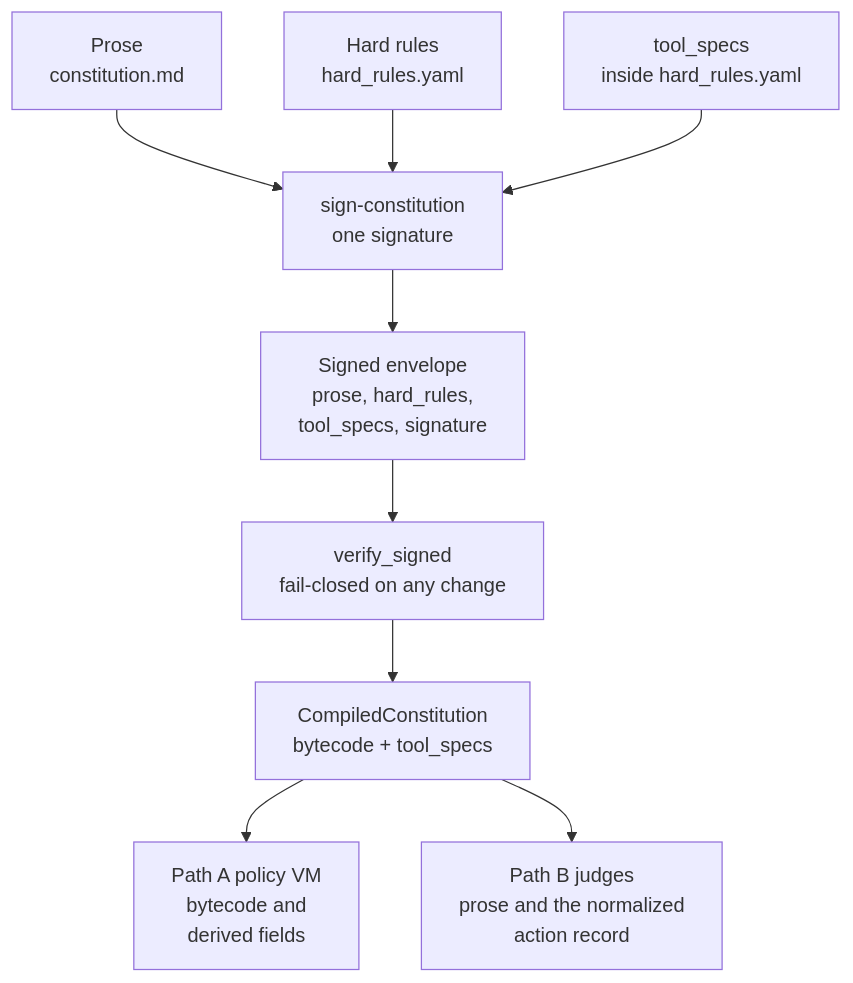
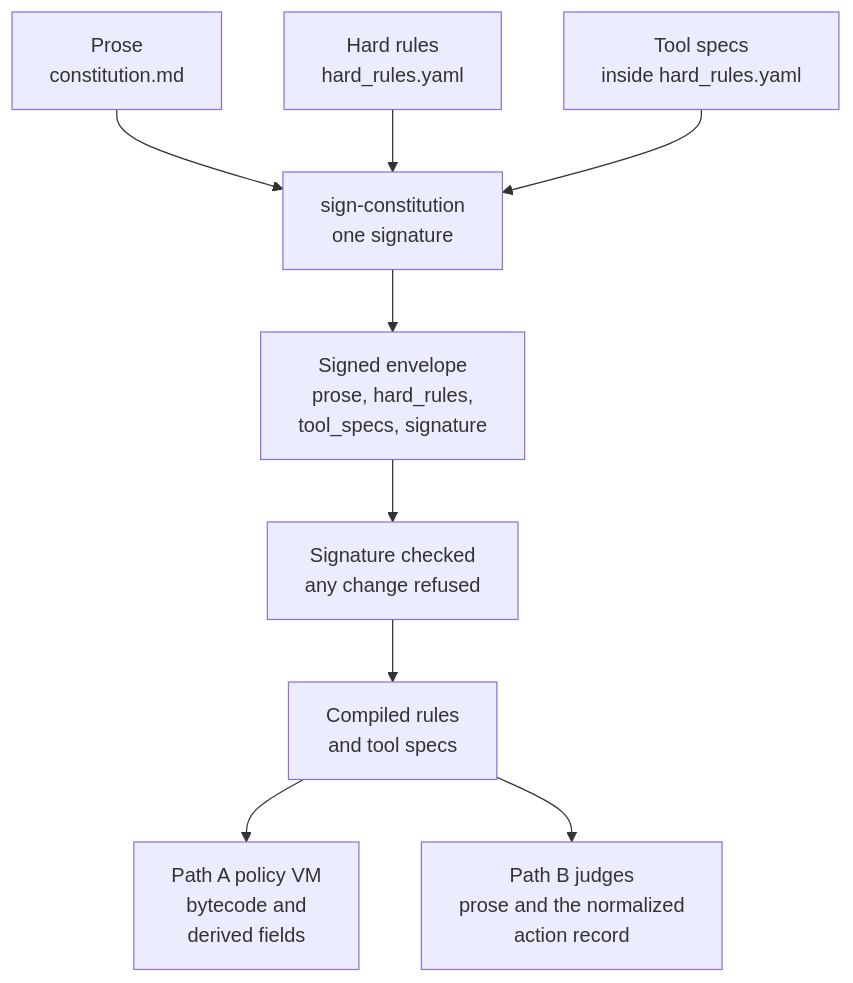
The first of 5 diagrams in docs/HOWTO.md (Insomniac-VibeLabs/two-key), drawn with Mermaid before and after one commit. The commit also changed other lines of this file and 7 other files, not shown here.

First line of the commit message:
Docs: diagram labels use plain words instead of code names

````diff
--- a/docs/HOWTO.md
+++ b/docs/HOWTO.md
@@ -186,11 +186,11 @@
 ```mermaid
 flowchart TD
   prose["Prose<br/>constitution.md"] --> sign["sign-constitution<br/>one signature"]
   rules["Hard rules<br/>hard_rules.yaml"] --> sign
-  specs["tool_specs<br/>inside hard_rules.yaml"] --> sign
+  specs["Tool specs<br/>inside hard_rules.yaml"] --> sign
   sign --> envelope["Signed envelope<br/>prose, hard_rules,<br/>tool_specs, signature"]
-  envelope --> load["verify_signed<br/>fail-closed on any change"]
-  load --> compiled["CompiledConstitution<br/>bytecode + tool_specs"]
+  envelope --> load["Signature checked<br/>any change refused"]
+  load --> compiled["Compiled rules<br/>and tool specs"]
   compiled --> pathA["Path A policy VM<br/>bytecode and<br/>derived fields"]
   compiled --> pathB["Path B judges<br/>prose and the normalized<br/>action record"]
 ```
````
